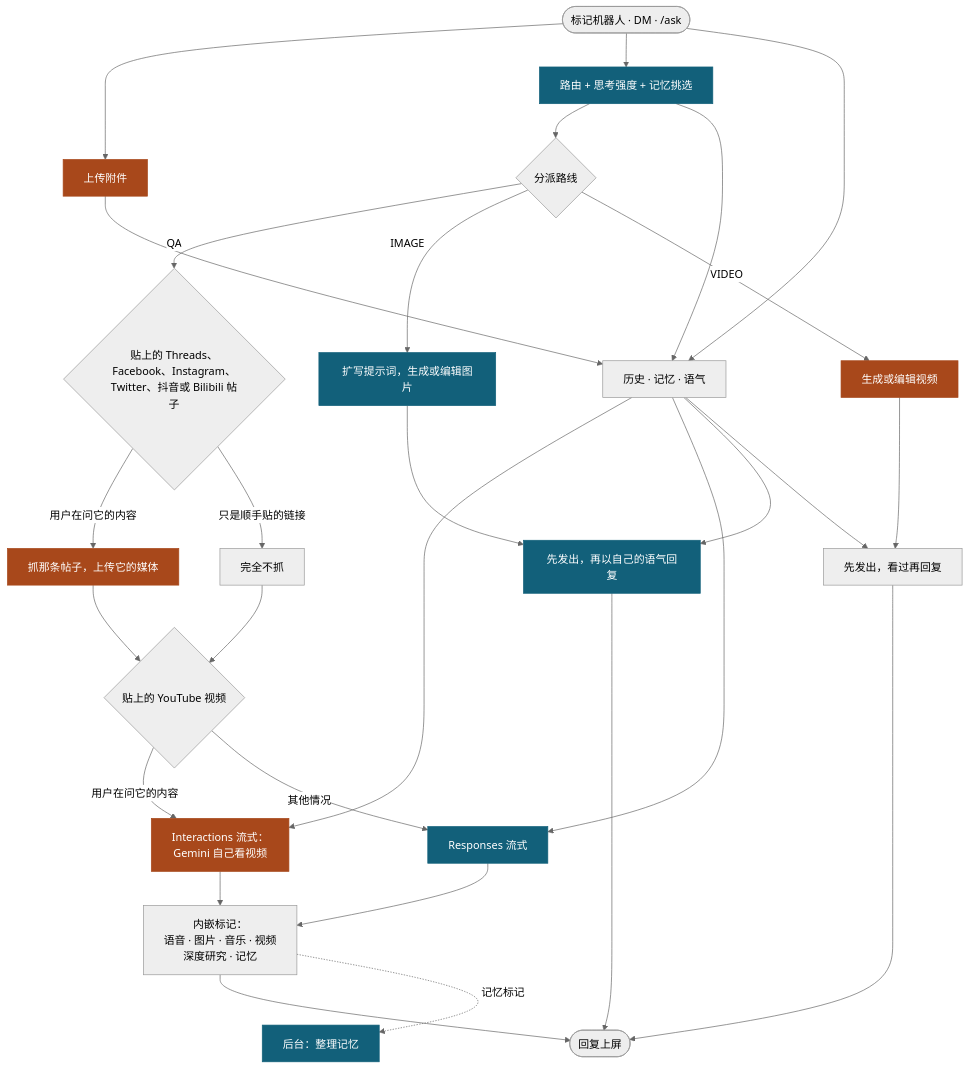
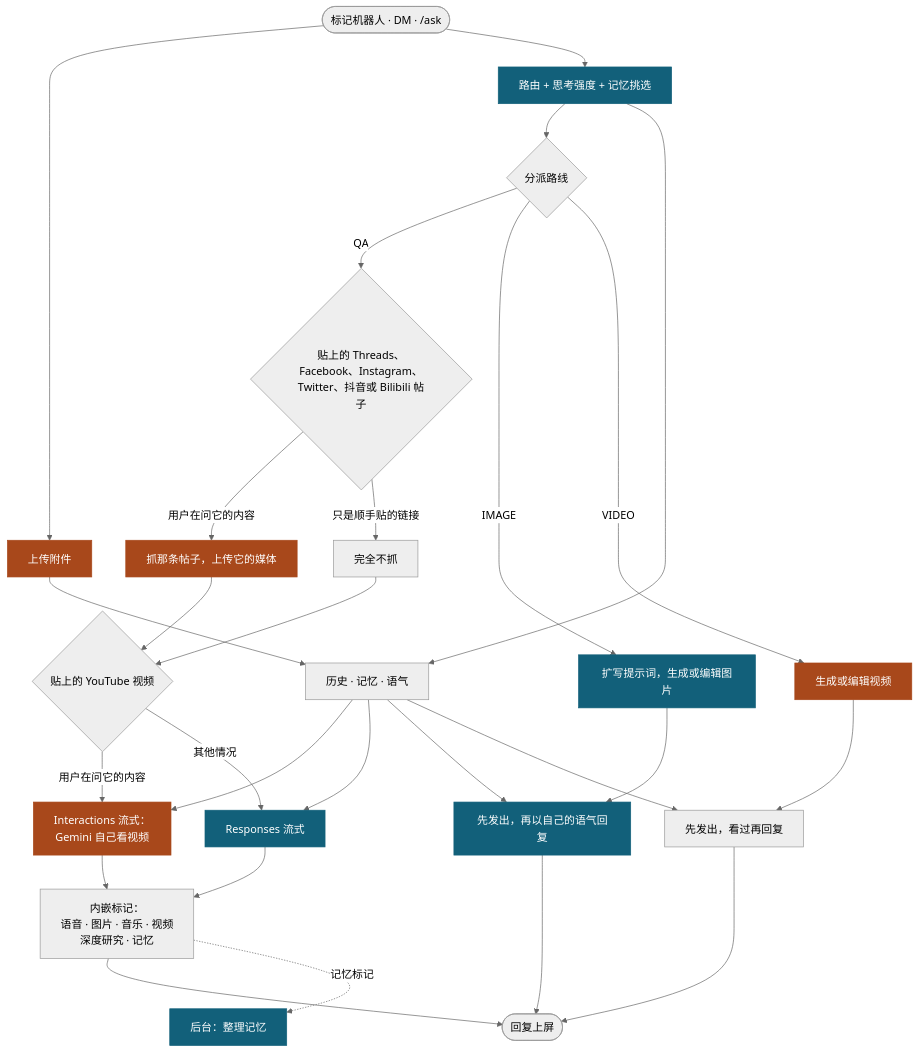
The diagram in README.zh-CN.md (Mai0313/discordbot), drawn with Mermaid (neutral theme) before and after one commit. The commit also changed 2 other files, not shown here.

Commit message:
docs(readme): let the reply context hang off the route and uploads in the diagram
The context build waits on both, so drawing it from them reads clearer and keeps the diagram's lines from crossing.

````diff
--- a/README.zh-CN.md
+++ b/README.zh-CN.md
@@ -43,34 +43,34 @@
 ```mermaid
 flowchart TD
-    U(["标记机器人 · DM · /ask"]) --> UP & RT & CX
+    U(["标记机器人 · DM · /ask"]) --> UP & RT
 
     UP["上传附件"]
     RT["路由 + 思考强度 + 记忆挑选"]
     CX["历史 · 记忆 · 语气"]
 
     RT --> R{"分派路线"}
     UP & RT --> CX --> YT & QS & I2 & V2
 
     R -->|QA| L{"贴上的 Threads、Facebook、Instagram、<br/>Twitter、抖音或 Bilibili 帖子"}
     L -->|"用户在问它的内容"| LF["抓那条帖子，上传它的媒体"]
     L -->|"只是顺手贴的链接"| LS["完全不抓"]
     LF & LS --> Y{"贴上的 YouTube 视频"}
     Y -->|"用户在问它的内容"| YT["Interactions 流式：<br/>Gemini 自己看视频"]
     Y -->|"其他情况"| QS["Responses 流式"]
     YT & QS --> Q2["内嵌标记：<br/>语音 · 图片 · 音乐 · 视频<br/>深度研究 · 记忆"]
 
     R -->|IMAGE| I1["扩写提示词，生成或编辑图片"]
     I1 --> I2["先发出，再以自己的语气回复"]
     R -->|VIDEO| V1["生成或编辑视频"]
     V1 --> V2["先发出，看过再回复"]
 
     Q2 --> OUT(["回复上屏"])
     I2 --> OUT
     V2 --> OUT
     Q2 -.->|"记忆标记"| MM["后台：整理记忆"]
 
     classDef proxy fill:#12607a,stroke:#12607a,color:#ffffff
     classDef direct fill:#a8481b,stroke:#a8481b,color:#ffffff
     class RT,QS,I1,I2,MM proxy
     class UP,LF,YT,V1 direct
 ```
````
